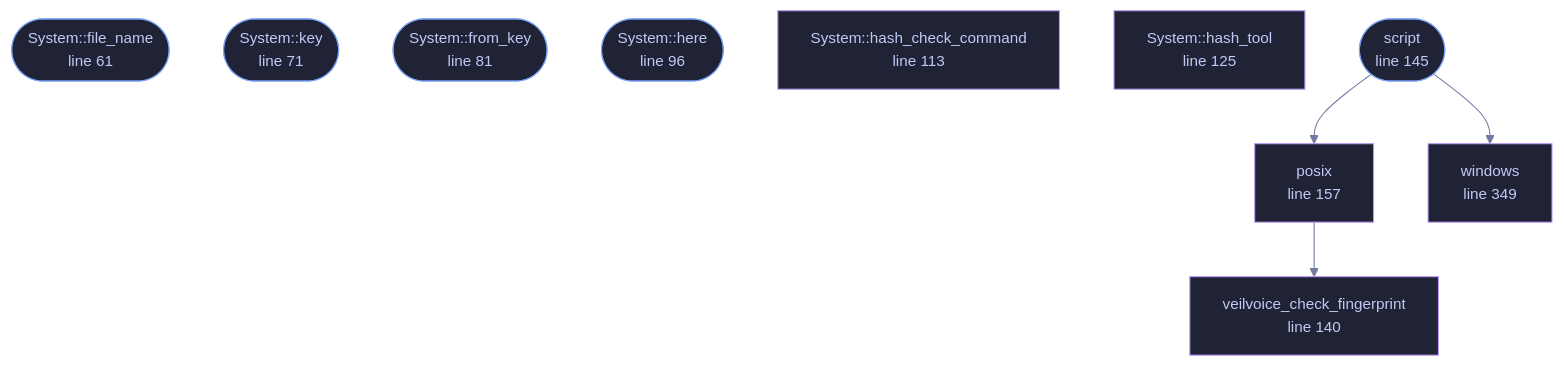
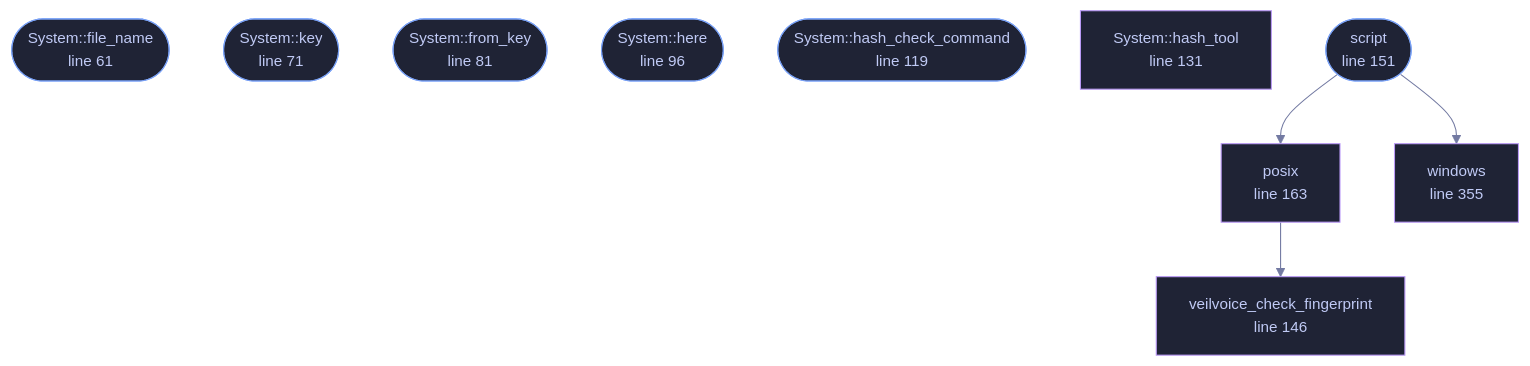
The diagram in wiki/File-veilvoice-check-reproduce.md (tilas01/veilvoice), drawn with Mermaid before and after one commit. The commit also changed other lines of this file and 46 other files, not shown here.

````diff
--- a/wiki/File-veilvoice-check-reproduce.md
+++ b/wiki/File-veilvoice-check-reproduce.md
@@ -83,31 +84,31 @@
 ```mermaid
 %%{init: {"theme":"base","themeVariables":{"background":"#1a1b26","primaryColor":"#1f2335","primaryTextColor":"#c0caf5","primaryBorderColor":"#7aa2f7","secondaryColor":"#16161e","tertiaryColor":"#16161e","lineColor":"#737aa2","textColor":"#c0caf5","mainBkg":"#1f2335","nodeBorder":"#7aa2f7","clusterBkg":"#16161e","clusterBorder":"#2f3549","fontFamily":"ui-monospace, SFMono-Regular, Consolas, monospace","fontSize":"14px"}}}%%
 flowchart TD
     n_file_name(["System::file_name<br/>line 61"])
     n_key(["System::key<br/>line 71"])
     n_from_key(["System::from_key<br/>line 81"])
     n_here(["System::here<br/>line 96"])
-    n_hash_check_command["System::hash_check_command<br/>line 113"]
-    n_hash_tool["System::hash_tool<br/>line 125"]
-    n_veilvoice_check_fingerprint["veilvoice_check_fingerprint<br/>line 140"]
-    n_script(["script<br/>line 145"])
-    n_posix["posix<br/>line 157"]
-    n_windows["windows<br/>line 349"]
+    n_hash_check_command(["System::hash_check_command<br/>line 119"])
+    n_hash_tool["System::hash_tool<br/>line 131"]
+    n_veilvoice_check_fingerprint["veilvoice_check_fingerprint<br/>line 146"]
+    n_script(["script<br/>line 151"])
+    n_posix["posix<br/>line 163"]
+    n_windows["windows<br/>line 355"]
     n_posix --> n_veilvoice_check_fingerprint
     n_script --> n_posix
     n_script --> n_windows
     click n_file_name href "https://github.com/tilas01/veilvoice/blob/main/crates/veilvoice-check/src/reproduce.rs#L61" "open the source"
     click n_key href "https://github.com/tilas01/veilvoice/blob/main/crates/veilvoice-check/src/reproduce.rs#L71" "open the source"
     click n_from_key href "https://github.com/tilas01/veilvoice/blob/main/crates/veilvoice-check/src/reproduce.rs#L81" "open the source"
     click n_here href "https://github.com/tilas01/veilvoice/blob/main/crates/veilvoice-check/src/reproduce.rs#L96" "open the source"
-    click n_hash_check_command href "https://github.com/tilas01/veilvoice/blob/main/crates/veilvoice-check/src/reproduce.rs#L113" "open the source"
-    click n_hash_tool href "https://github.com/tilas01/veilvoice/blob/main/crates/veilvoice-check/src/reproduce.rs#L125" "open the source"
-    click n_veilvoice_check_fingerprint href "https://github.com/tilas01/veilvoice/blob/main/crates/veilvoice-check/src/reproduce.rs#L140" "open the source"
-    click n_script href "https://github.com/tilas01/veilvoice/blob/main/crates/veilvoice-check/src/reproduce.rs#L145" "open the source"
-    click n_posix href "https://github.com/tilas01/veilvoice/blob/main/crates/veilvoice-check/src/reproduce.rs#L157" "open the source"
-    click n_windows href "https://github.com/tilas01/veilvoice/blob/main/crates/veilvoice-check/src/reproduce.rs#L349" "open the source"
+    click n_hash_check_command href "https://github.com/tilas01/veilvoice/blob/main/crates/veilvoice-check/src/reproduce.rs#L119" "open the source"
+    click n_hash_tool href "https://github.com/tilas01/veilvoice/blob/main/crates/veilvoice-check/src/reproduce.rs#L131" "open the source"
+    click n_veilvoice_check_fingerprint href "https://github.com/tilas01/veilvoice/blob/main/crates/veilvoice-check/src/reproduce.rs#L146" "open the source"
+    click n_script href "https://github.com/tilas01/veilvoice/blob/main/crates/veilvoice-check/src/reproduce.rs#L151" "open the source"
+    click n_posix href "https://github.com/tilas01/veilvoice/blob/main/crates/veilvoice-check/src/reproduce.rs#L163" "open the source"
+    click n_windows href "https://github.com/tilas01/veilvoice/blob/main/crates/veilvoice-check/src/reproduce.rs#L355" "open the source"
     classDef entry fill:#1f2335,stroke:#7aa2f7,color:#c0caf5
-    class n_file_name,n_key,n_from_key,n_here,n_script entry
+    class n_file_name,n_key,n_from_key,n_here,n_hash_check_command,n_script entry
     classDef helper fill:#1f2335,stroke:#bb9af7,color:#c0caf5
-    class n_hash_check_command,n_hash_tool,n_veilvoice_check_fingerprint,n_posix,n_windows helper
+    class n_hash_tool,n_veilvoice_check_fingerprint,n_posix,n_windows helper
 ```
````
